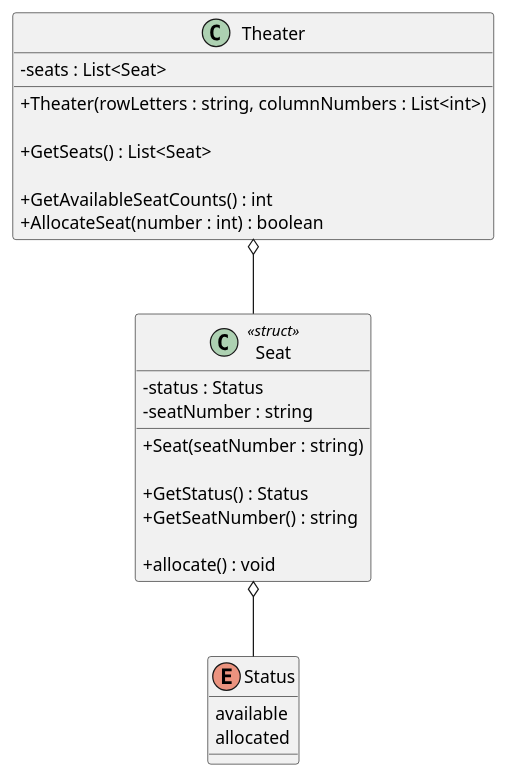
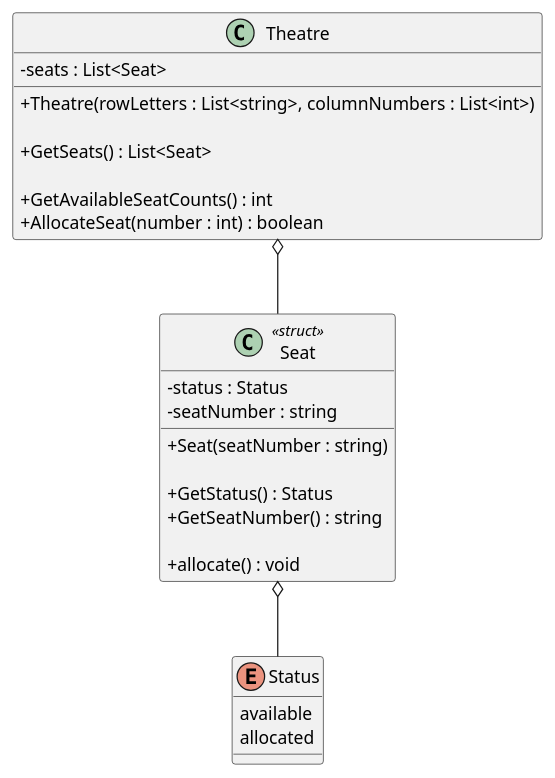
One commit to iamfranco/CinnamonCinemasChallenge changed the diagram in diagrams/cinnamonCinemas.puml. Above: the diagram before and after it, drawn with PlantUML. The commit also changed 1 other file, not shown here.

Commit message:
UML: rename Theater class to Theatre, change Theatre constructor input rowLetters to use List of string

```diff
--- a/diagrams/cinnamonCinemas.puml
+++ b/diagrams/cinnamonCinemas.puml
@@ -1,35 +1,35 @@
 @startuml "cinnamon cinemas"
 skinparam ClassAttributeIconSize 0
 
-class Theater {
+class Theatre {
     - seats : List<Seat>
 
-    + Theater(rowLetters : string, columnNumbers : List<int>)
+    + Theatre(rowLetters : List<string>, columnNumbers : List<int>)
 
     + GetSeats() : List<Seat>
 
     + GetAvailableSeatCounts() : int
     + AllocateSeat(number : int) : boolean
 }
 
 class Seat <<struct>> {
     - status : Status
     - seatNumber : string
 
     + Seat(seatNumber : string)
 
     + GetStatus() : Status
     + GetSeatNumber() : string
 
     + allocate() : void
 }
 
 Enum Status {
     available
     allocated
 }
 
-Theater o-- Seat
+Theatre o-- Seat
 Seat o-- Status
 
 @enduml
```
